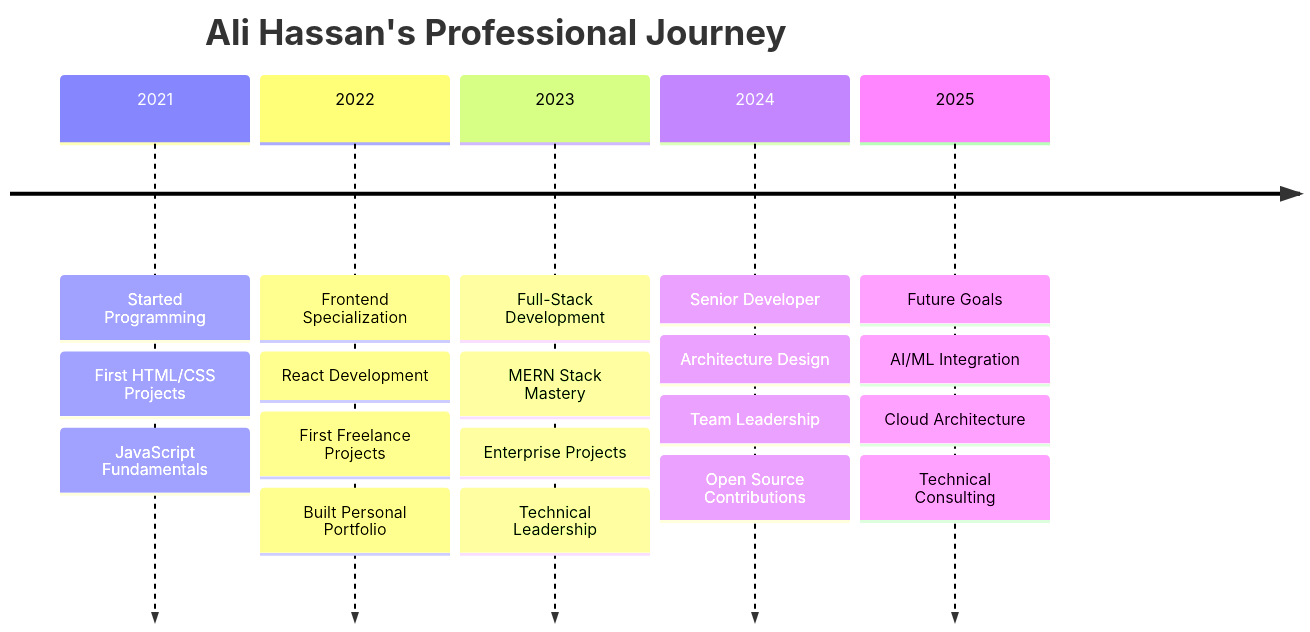
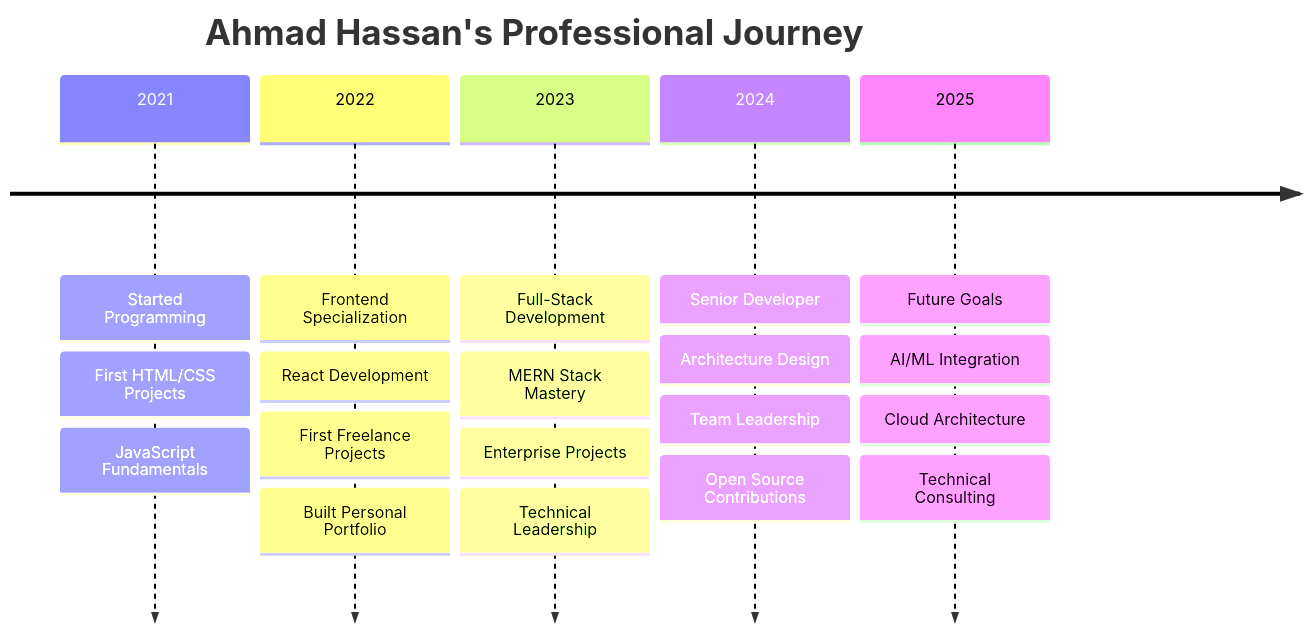
One commit to ahmadhassanraza/ahmadhasssann changed the diagram in README.md. Above: the diagram before and after it, drawn with Mermaid.

````diff
--- a/README.md
+++ b/README.md
@@ -757,28 +757,28 @@
 ```mermaid
 timeline
-    title Ali Hassan's Professional Journey
+    title Ahmad Hassan's Professional Journey
     
     2021 : Started Programming
          : First HTML/CSS Projects
          : JavaScript Fundamentals
          
     2022 : Frontend Specialization
          : React Development
          : First Freelance Projects
          : Built Personal Portfolio
          
     2023 : Full-Stack Development
          : MERN Stack Mastery
          : Enterprise Projects
          : Technical Leadership
          
     2024 : Senior Developer
          : Architecture Design
          : Team Leadership
          : Open Source Contributions
          
     2025 : Future Goals
          : AI/ML Integration
          : Cloud Architecture
          : Technical Consulting
 ```
````
